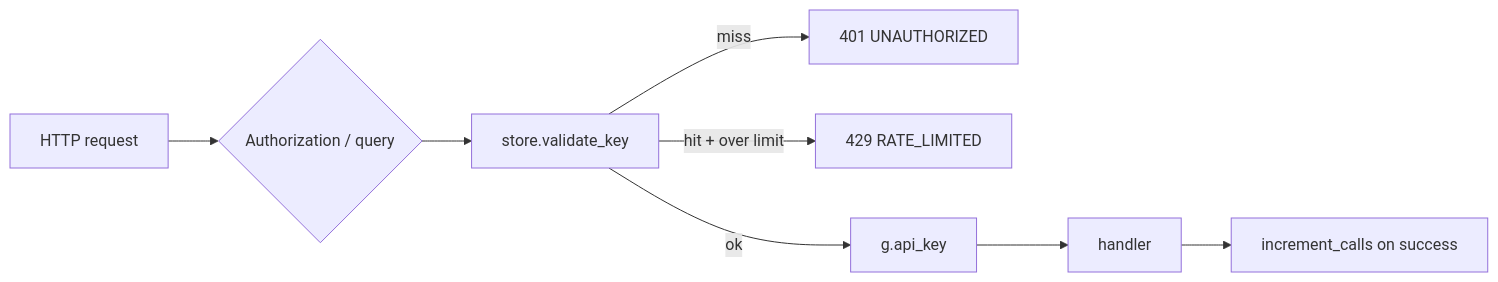
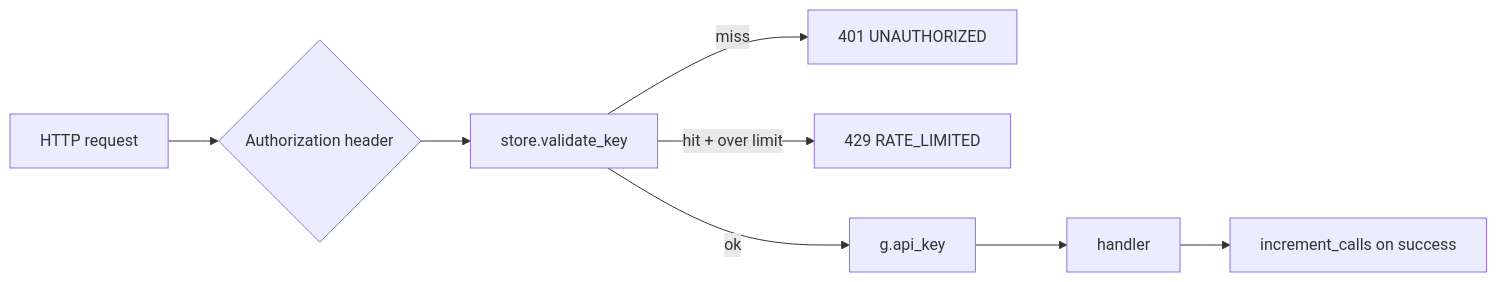
One commit to hoox-sh/pyne changed the diagram in docs/pyne/api/auth-and-keys.mdx. Above: the diagram before and after it, drawn with Mermaid. The commit also changed other lines of this file and 54 other files, not shown here.

````diff
--- a/docs/pyne/api/auth-and-keys.mdx
+++ b/docs/pyne/api/auth-and-keys.mdx
@@ -51,10 +51,10 @@
 ```mermaid
 flowchart LR
-  REQ[HTTP request] --> HDR{Authorization / query}
+  REQ[HTTP request] --> HDR{Authorization header}
   HDR --> VAL[store.validate_key]
   VAL -->|miss| U401[401 UNAUTHORIZED]
   VAL -->|hit + over limit| U429[429 RATE_LIMITED]
   VAL -->|ok| G[g.api_key]
   G --> H[handler]
   H --> TRACK[increment_calls on success]
 ```
````
